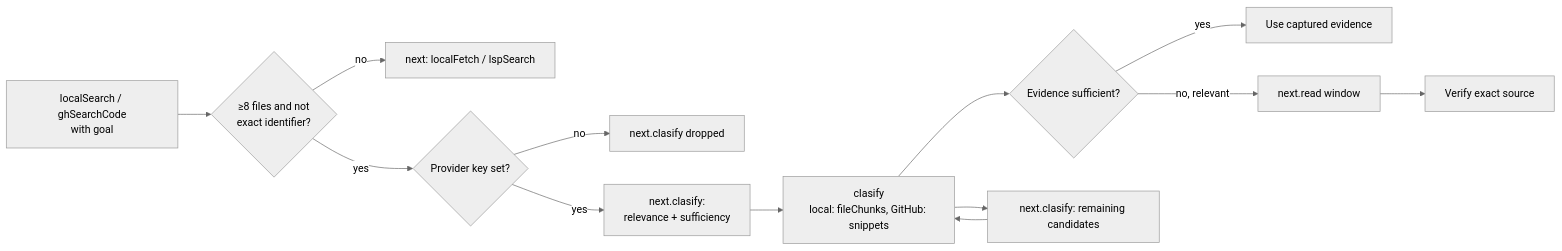
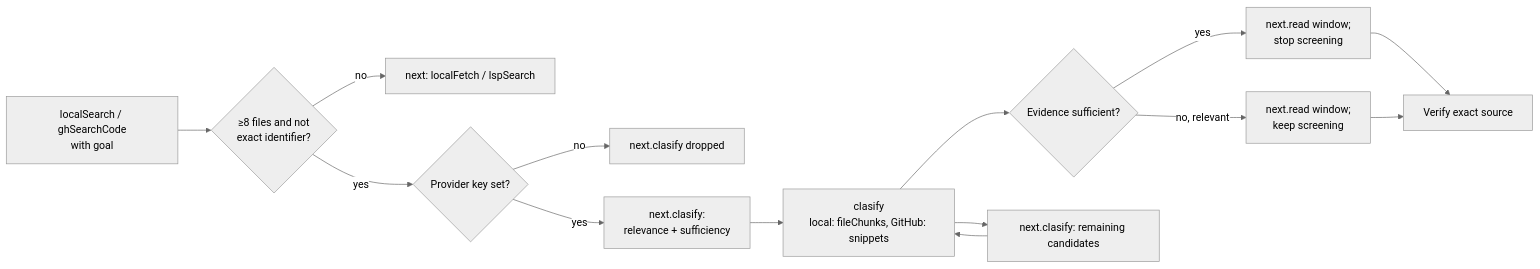
Before and after one commit to bgauryy/octocode: the fourth of 4 diagrams in docs/OCTOCODE_CLASIFY.md, drawn with Mermaid (neutral theme). The commit also changed other lines of this file and 80 other files, not shown here.

````diff
--- a/docs/OCTOCODE_CLASIFY.md
+++ b/docs/OCTOCODE_CLASIFY.md
@@ -162,15 +162,16 @@
 ```mermaid
 flowchart LR
     S["localSearch / ghSearchCode<br/>with goal"] --> W{"≥8 files and not<br/>exact identifier?"}
     W -- no --> N["next: localFetch / lspSearch"]
     W -- yes --> K{Provider key set?}
     K -- no --> DROP[next.clasify dropped]
     K -- yes --> H["next.clasify:<br/>relevance + sufficiency"]
     H --> C["clasify<br/>local: fileChunks, GitHub: snippets"]
     C --> Q{Evidence sufficient?}
-    Q -- yes --> E[Use captured evidence]
-    Q -- no, relevant --> R["next.read window"]
+    Q -- yes --> E["next.read window;<br/>stop screening"]
+    Q -- no, relevant --> R["next.read window;<br/>keep screening"]
     C --> P["next.clasify: remaining candidates"]
     P --> C
-    R --> V[Verify exact source]
+    E --> V[Verify exact source]
+    R --> V
 ```
````
